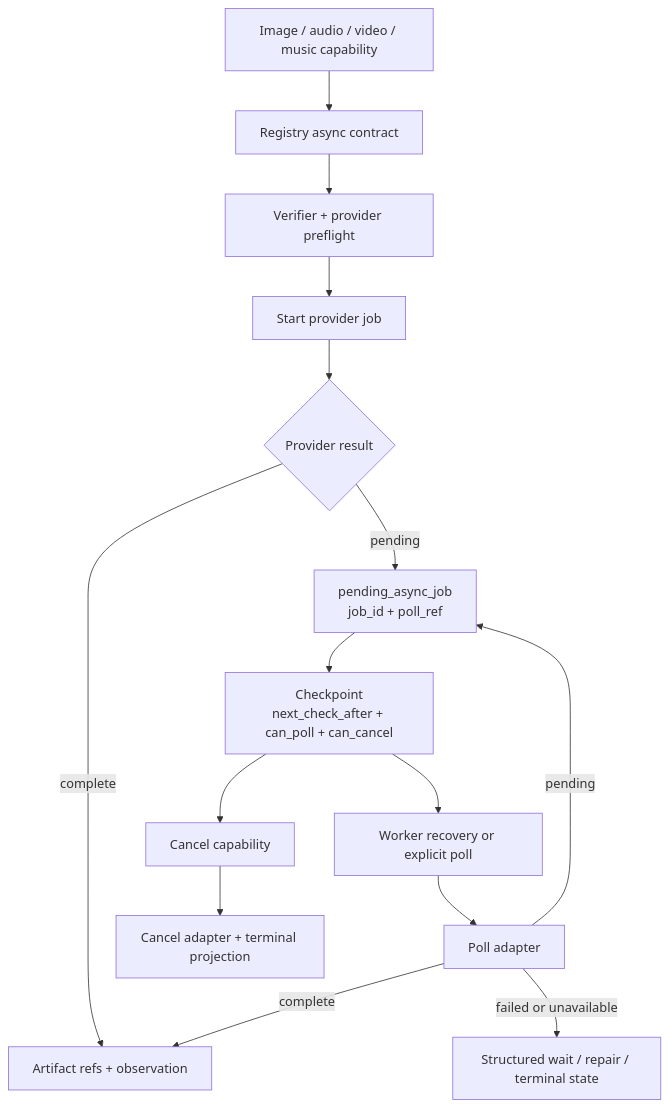
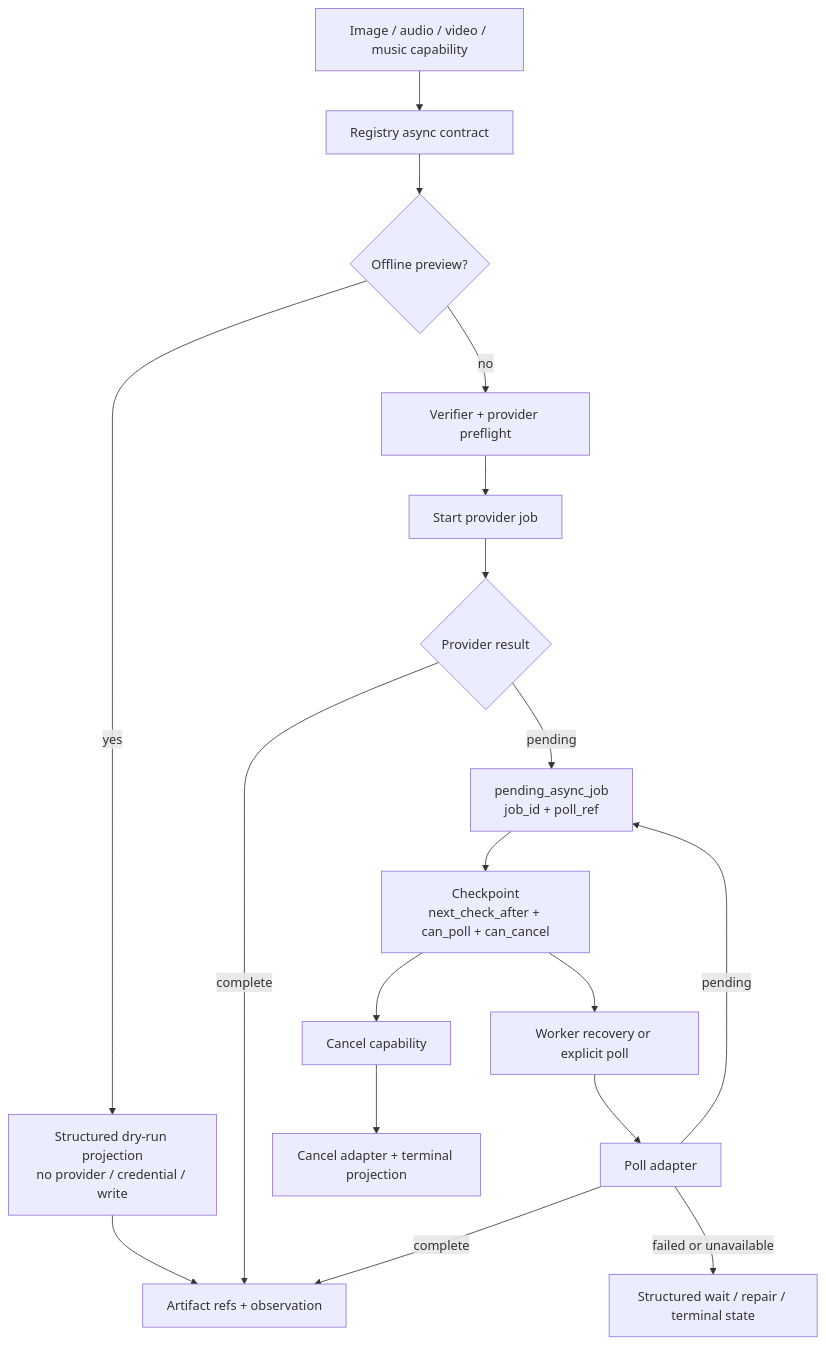
Before and after one commit to MatrixCoreX/RustClaw: the second of 3 diagrams in docs/architecture/05-skills-media-models.md, drawn with Mermaid. The commit also changed other lines of this file and 67 other files, not shown here.

````diff
--- a/docs/architecture/05-skills-media-models.md
+++ b/docs/architecture/05-skills-media-models.md
@@ -42,17 +46,20 @@
 ```mermaid
 flowchart TD
     A[Image / audio / video / music capability] --> B[Registry async contract]
-    B --> C[Verifier + provider preflight]
+    B --> P{Offline preview?}
+    P -->|yes| Q[Structured dry-run projection<br/>no provider / credential / write]
+    Q --> F[Artifact refs + observation]
+    P -->|no| C[Verifier + provider preflight]
     C --> D[Start provider job]
     D --> E{Provider result}
     E -->|complete| F[Artifact refs + observation]
     E -->|pending| G[pending_async_job<br/>job_id + poll_ref]
     G --> H[Checkpoint<br/>next_check_after + can_poll + can_cancel]
     H --> I[Worker recovery or explicit poll]
     I --> J[Poll adapter]
     J -->|pending| G
     J -->|complete| F
     J -->|failed or unavailable| K[Structured wait / repair / terminal state]
     H --> L[Cancel capability]
     L --> M[Cancel adapter + terminal projection]
 ```
````
